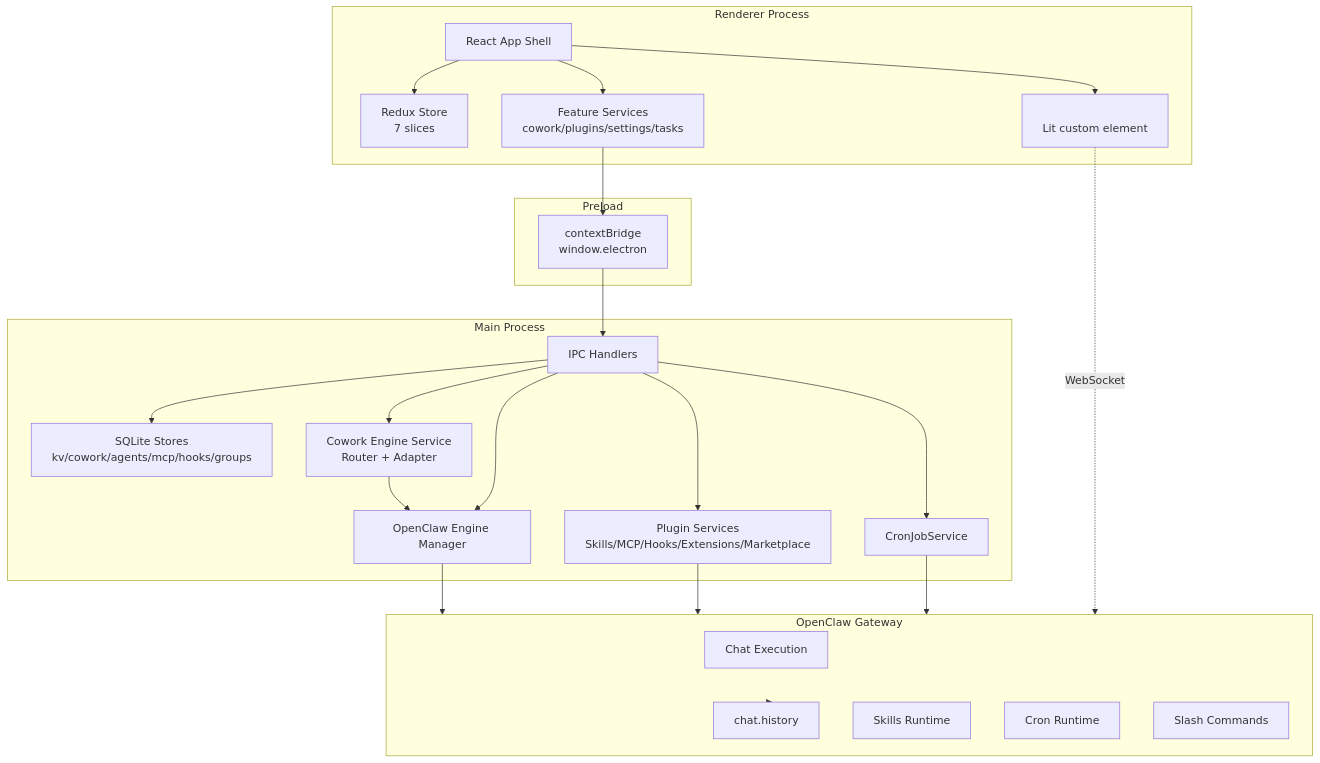
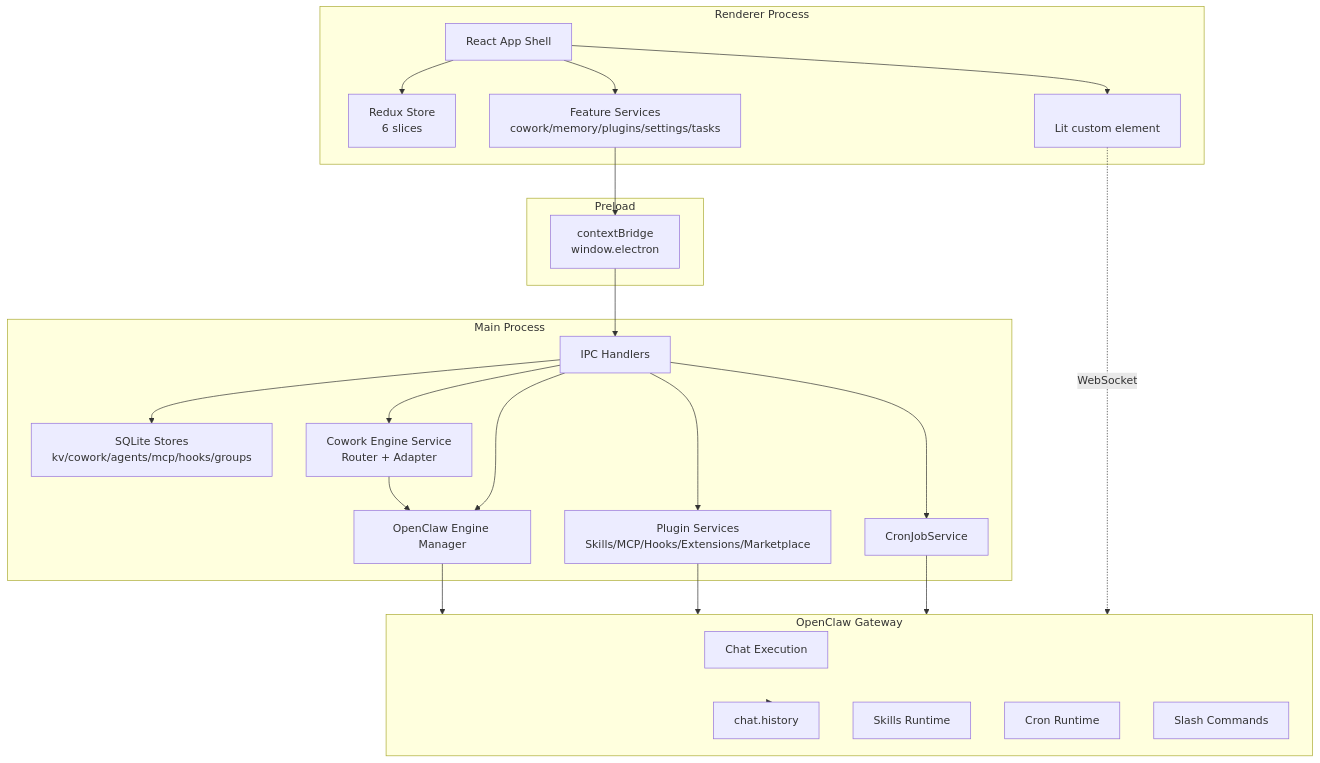
One commit to liangxhao/JustDo changed the first of 5 diagrams in docs/architecture/02-architecture.md. Above: the diagram before and after it, drawn with Mermaid. The commit also changed other lines of this file and 14 other files, not shown here.

````diff
--- a/docs/architecture/02-architecture.md
+++ b/docs/architecture/02-architecture.md
@@ -7,47 +7,47 @@
 ```mermaid
 flowchart TB
   subgraph R["Renderer Process"]
     App["React App Shell"]
-    Store["Redux Store\n7 slices"]
+    Store["Redux Store\n6 slices"]
     Chat["<justdo-chat>\nLit custom element"]
-    Features["Feature Services\ncowork/plugins/settings/tasks"]
+    Features["Feature Services\ncowork/memory/plugins/settings/tasks"]
   end
 
   subgraph P["Preload"]
     Bridge["contextBridge\nwindow.electron"]
   end
 
   subgraph M["Main Process"]
     IPC["IPC Handlers"]
     SQLite["SQLite Stores\nkv/cowork/agents/mcp/hooks/groups"]
     Engine["Cowork Engine Service\nRouter + Adapter"]
     Runtime["OpenClaw Engine Manager"]
     Plugins["Plugin Services\nSkills/MCP/Hooks/Extensions/Marketplace"]
     Scheduler["CronJobService"]
   end
 
   subgraph G["OpenClaw Gateway"]
     Exec["Chat Execution"]
     History["chat.history"]
     SkillRuntime["Skills Runtime"]
     Cron["Cron Runtime"]
     Slash["Slash Commands"]
   end
 
   App --> Store
   App --> Features
   App --> Chat
   Features --> Bridge
   Bridge --> IPC
   IPC --> SQLite
   IPC --> Engine
   IPC --> Runtime
   IPC --> Plugins
   IPC --> Scheduler
   Engine --> Runtime
   Runtime --> G
   Chat -. "WebSocket" .-> G
   Scheduler --> G
   Plugins --> G
   G --> History
 ```
````
